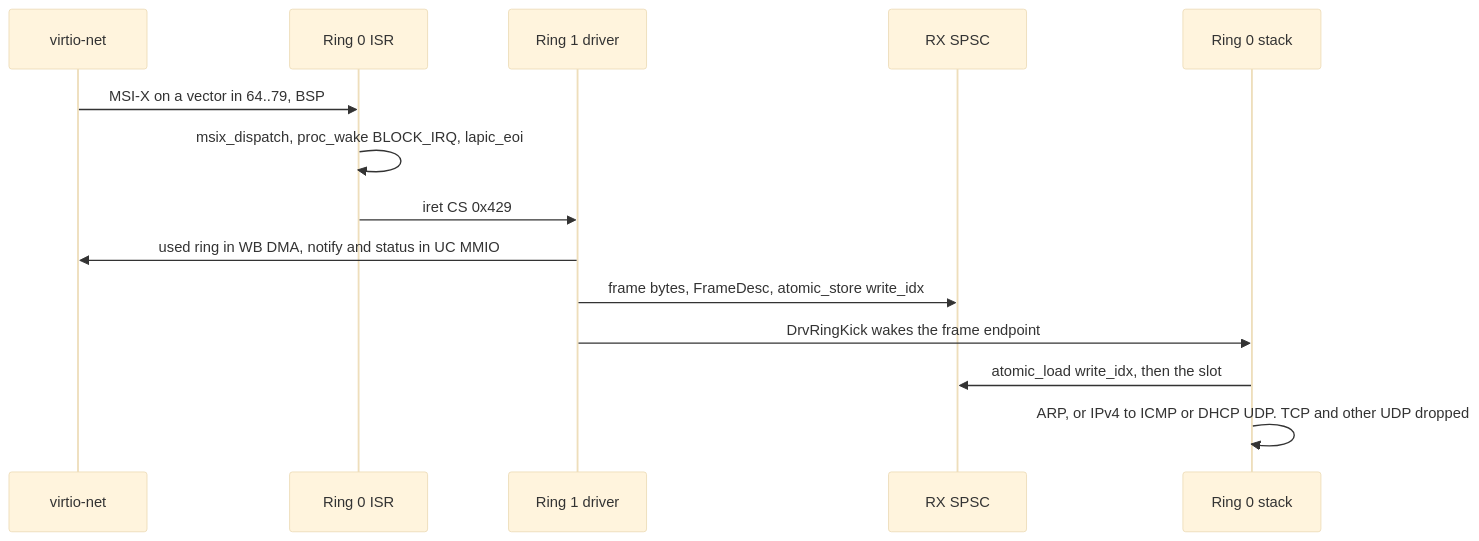
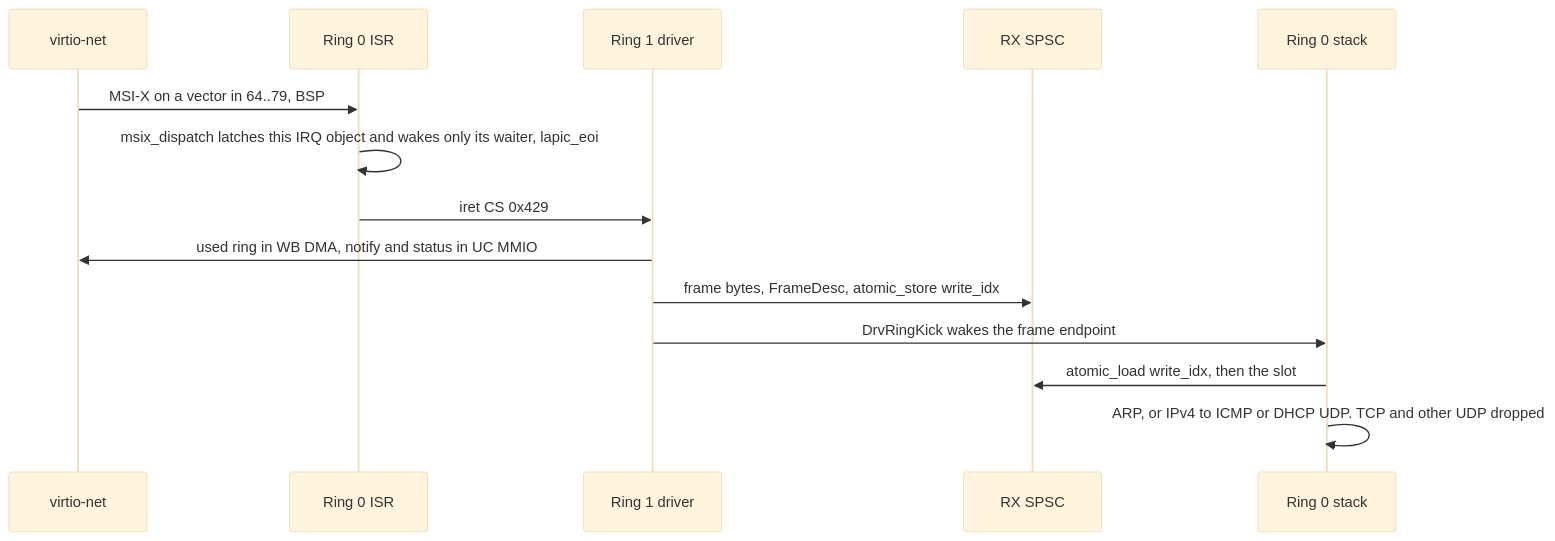
The second of 2 diagrams in projects/harland/docs/RING1_DRIVER.md (ritz-lang/rz), drawn with Mermaid (base theme) before and after one commit. The commit also changed other lines of this file, not shown here.

First line of the commit message:
harland: 🤖 Align ring-1 quiesce, IRQ wait, and acceptance with the re-review

````diff
--- a/projects/harland/docs/RING1_DRIVER.md
+++ b/projects/harland/docs/RING1_DRIVER.md
@@ -631,17 +629,17 @@
 ```mermaid
 sequenceDiagram
   participant Dev as virtio-net
   participant Isr as Ring 0 ISR
   participant Drv as Ring 1 driver
   participant Q as RX SPSC
   participant Ip as Ring 0 stack
 
   Dev->>Isr: MSI-X on a vector in 64..79, BSP
-  Isr->>Isr: msix_dispatch, proc_wake BLOCK_IRQ, lapic_eoi
+  Isr->>Isr: msix_dispatch latches this IRQ object and wakes only its waiter, lapic_eoi
   Isr->>Drv: iret CS 0x429
   Drv->>Dev: used ring in WB DMA, notify and status in UC MMIO
   Drv->>Q: frame bytes, FrameDesc, atomic_store write_idx
   Drv->>Ip: DrvRingKick wakes the frame endpoint
   Ip->>Q: atomic_load write_idx, then the slot
   Ip->>Ip: ARP, or IPv4 to ICMP or DHCP UDP. TCP and other UDP dropped
 ```
````
